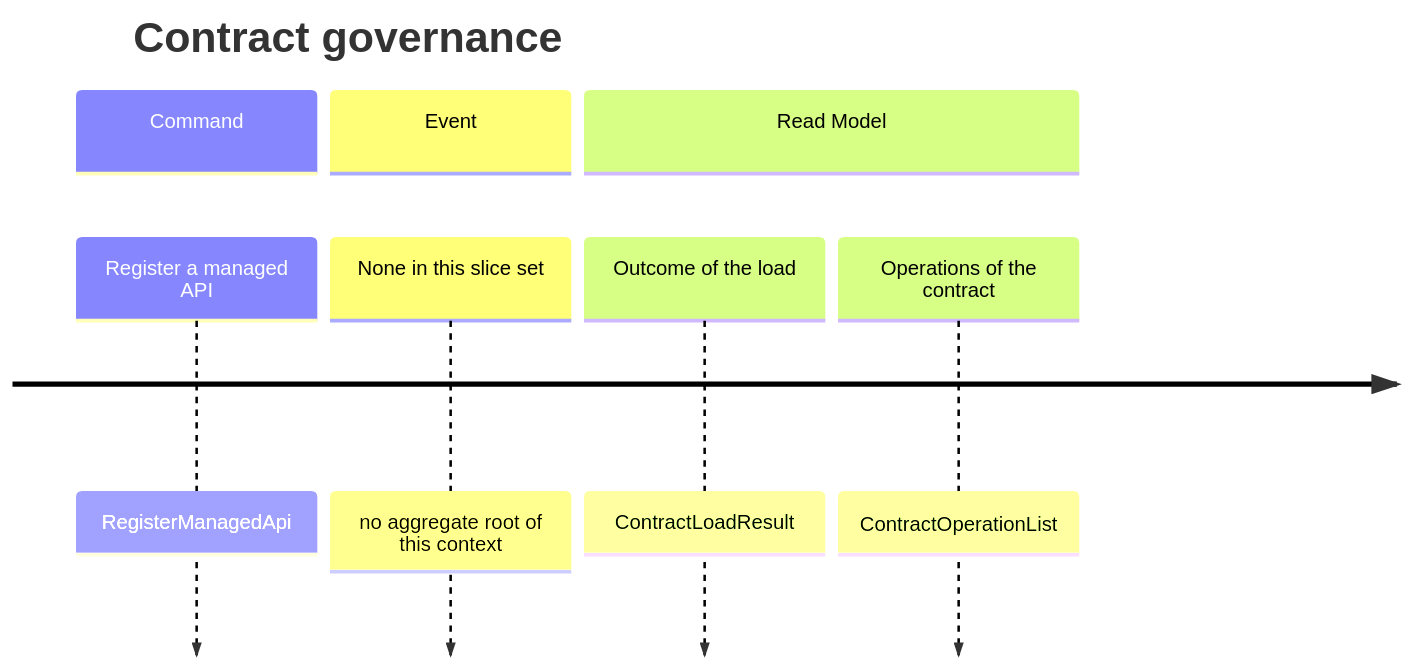
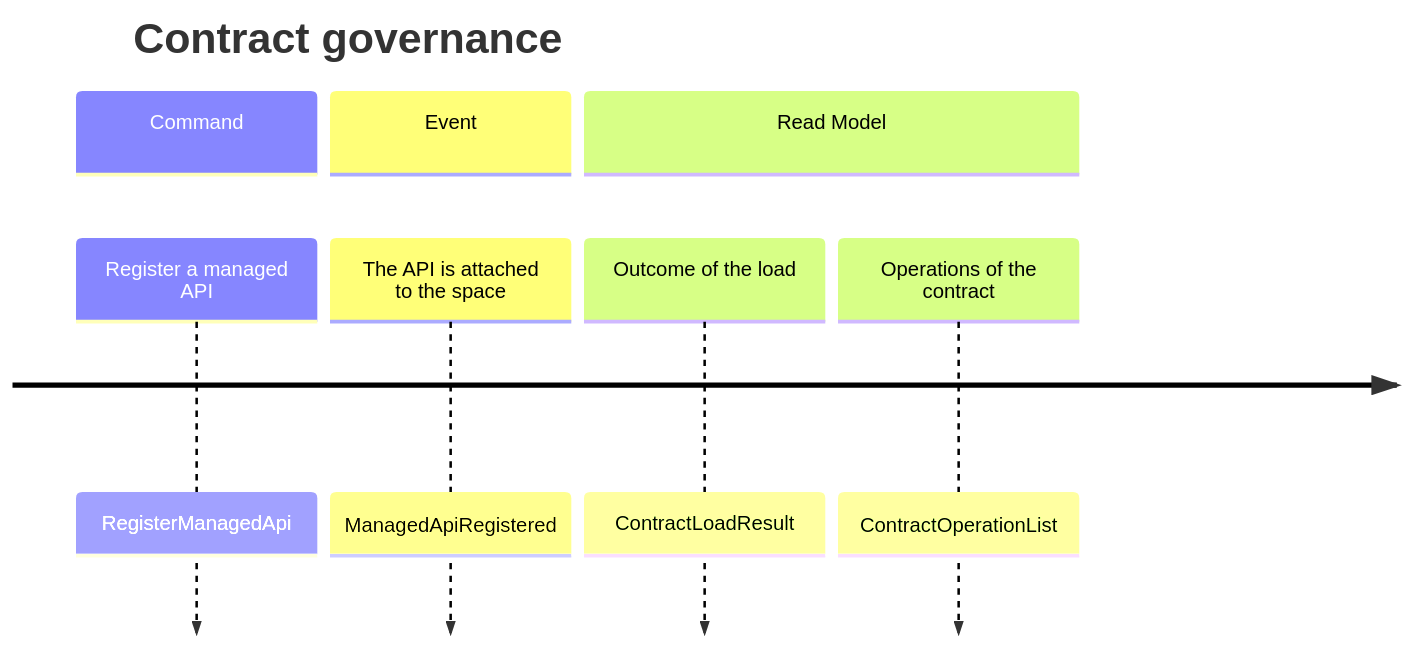
Before and after one commit to freecompub/microcks-foundry: the diagram in docs/domain/event-model/contract.md, drawn with Mermaid. The commit also changed other lines of this file and 16 other files, not shown here.

````diff
--- a/docs/domain/event-model/contract.md
+++ b/docs/domain/event-model/contract.md
@@ -16,11 +17,11 @@
 ```mermaid
 timeline
     title Contract governance
     section Command
         Register a managed API : RegisterManagedApi
     section Event
-        None in this slice set : no aggregate root of this context
+        The API is attached to the space : ManagedApiRegistered
     section Read Model
         Outcome of the load : ContractLoadResult
         Operations of the contract : ContractOperationList
 ```
````
